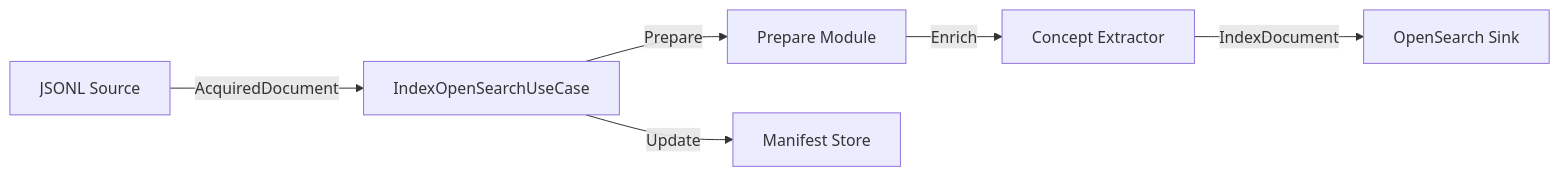
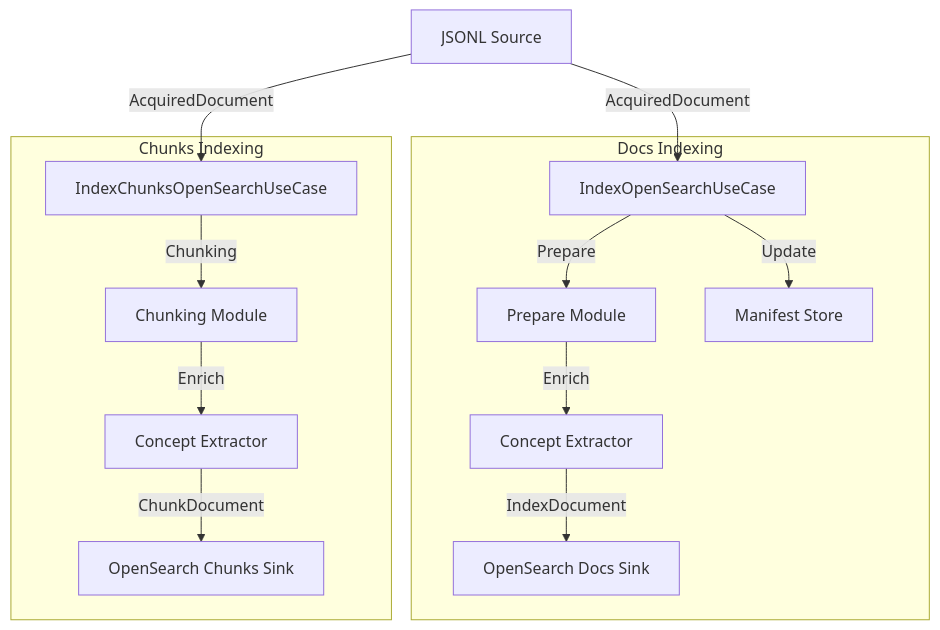
The diagram in doc/dev/indexing/00_overview.md (Ray-M05/Diagnosis-Retrieval-System), drawn with Mermaid before and after one commit. The commit also changed other lines of this file and 5 other files, not shown here.

Commit message:
feat: Add chunking logic and a separate OpenSearch index for chunks, updating schemas, adapters, use cases, and CLI documentation.

````diff
--- a/doc/dev/indexing/00_overview.md
+++ b/doc/dev/indexing/00_overview.md
@@ -16,8 +16,18 @@
 ```mermaid
-graph LR
-    Source[JSONL Source] -->|AcquiredDocument| UC[IndexOpenSearchUseCase]
-    UC -->|Prepare| Prep[Prepare Module]
-    Prep -->|Enrich| Concepts[Concept Extractor]
-    Concepts -->|IndexDocument| Sink[OpenSearch Sink]
-    UC -->|Update| Manifest[Manifest Store]
+graph TD
+    Source[JSONL Source] -->|AcquiredDocument| UC1[IndexOpenSearchUseCase]
+    Source -->|AcquiredDocument| UC2[IndexChunksOpenSearchUseCase]
+
+    subgraph Docs Indexing
+        UC1 -->|Prepare| Prep[Prepare Module]
+        Prep -->|Enrich| Concepts1[Concept Extractor]
+        Concepts1 -->|IndexDocument| Sink1[OpenSearch Docs Sink]
+        UC1 -->|Update| Manifest[Manifest Store]
+    end
+
+    subgraph Chunks Indexing
+        UC2 -->|Chunking| Chunker[Chunking Module]
+        Chunker -->|Enrich| Concepts2[Concept Extractor]
+        Concepts2 -->|ChunkDocument| Sink2[OpenSearch Chunks Sink]
+    end
 ```
````
